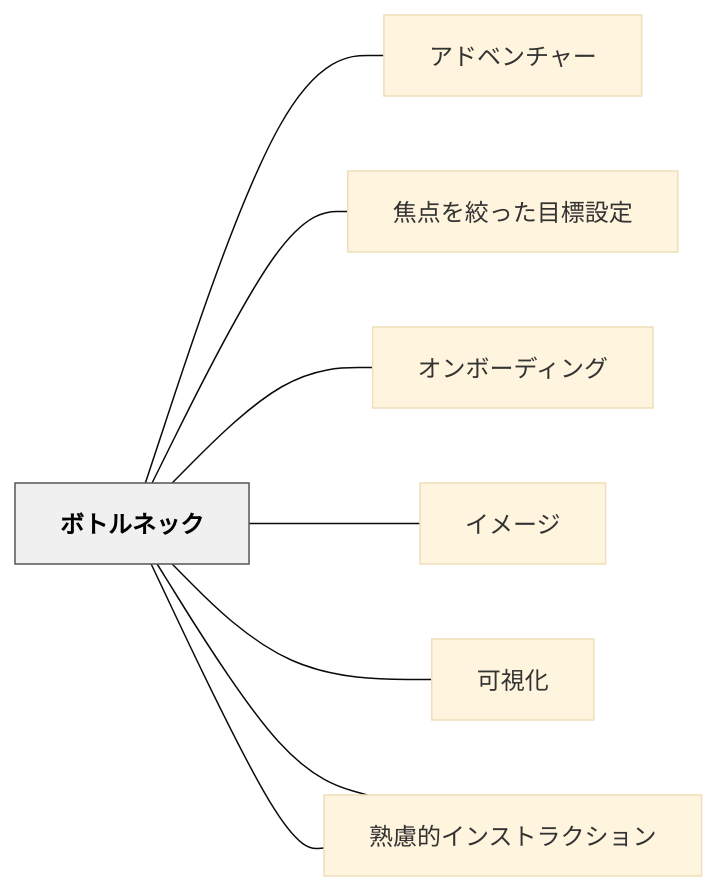
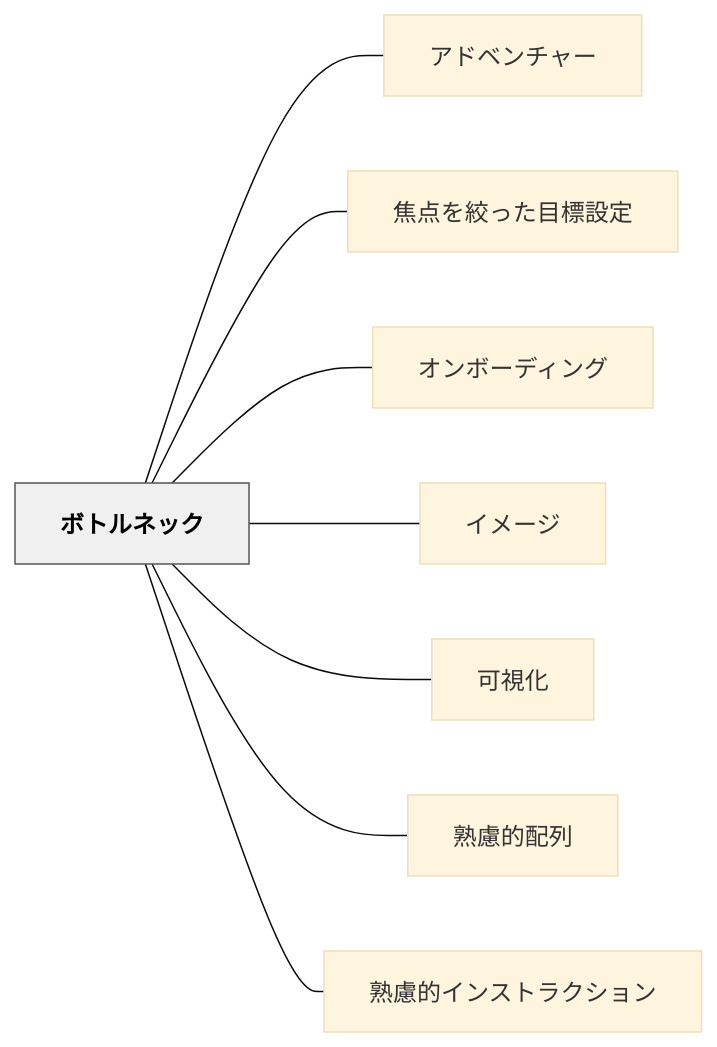
One commit to unknownthings-ed-patterns/unknownthings-ed-patterns changed the diagram in content/パタン/ボトルネック.md. Above: the diagram before and after it, drawn with Mermaid (base theme). The commit also changed 527 other files, not shown here.

````diff
--- a/content/パタン/ボトルネック.md
+++ b/content/パタン/ボトルネック.md
@@ -124,22 +124,22 @@
 ```mermaid
 flowchart LR
-    ne3839ce38388["ボトルネック"]
-    ne382a2e38389["アドベンチャー"]
-    ne784a6e782b9["焦点を絞った目標設定"]
-    ne382aae383b3["オンボーディング"]
-    ne382a4e383a1["イメージ"]
-    ne58fafe8a696["可視化"]
-    ne7869fe685ae["熟慮的配列"]
-    ne7869fe685ae["熟慮的インストラクション"]
+    ne3839ce38388e383abe3838de38383e382af["ボトルネック"]
+    ne382a2e38389e38399e383b3e38381e383a3e383bc["アドベンチャー"]
+    ne784a6e782b9e38292e7b59ee381a3e3819fe79baee6a899e8a8ade5ae9a["焦点を絞った目標設定"]
+    ne382aae383b3e3839ce383bce38387e382a3e383b3e382b0["オンボーディング"]
+    ne382a4e383a1e383bce382b8["イメージ"]
+    ne58fafe8a696e58c96["可視化"]
+    ne7869fe685aee79a84e9858de58897["熟慮的配列"]
+    ne7869fe685aee79a84e382a4e383b3e382b9e38388e383a9e382afe382b7e383a7e383b3["熟慮的インストラクション"]
 
-    ne3839ce38388 --- ne382a2e38389
-    ne3839ce38388 --- ne784a6e782b9
-    ne3839ce38388 --- ne382aae383b3
-    ne3839ce38388 --- ne382a4e383a1
-    ne3839ce38388 --- ne58fafe8a696
-    ne3839ce38388 --- ne7869fe685ae
-    ne3839ce38388 --- ne7869fe685ae
+    ne3839ce38388e383abe3838de38383e382af --- ne382a2e38389e38399e383b3e38381e383a3e383bc
+    ne3839ce38388e383abe3838de38383e382af --- ne784a6e782b9e38292e7b59ee381a3e3819fe79baee6a899e8a8ade5ae9a
+    ne3839ce38388e383abe3838de38383e382af --- ne382aae383b3e3839ce383bce38387e382a3e383b3e382b0
+    ne3839ce38388e383abe3838de38383e382af --- ne382a4e383a1e383bce382b8
+    ne3839ce38388e383abe3838de38383e382af --- ne58fafe8a696e58c96
+    ne3839ce38388e383abe3838de38383e382af --- ne7869fe685aee79a84e9858de58897
+    ne3839ce38388e383abe3838de38383e382af --- ne7869fe685aee79a84e382a4e383b3e382b9e38388e383a9e382afe382b7e383a7e383b3
 
     classDef hub fill:#f0f0f0,stroke:#555,color:#000,font-weight:bold
-    class ne3839ce38388 hub
+    class ne3839ce38388e383abe3838de38383e382af hub
 ```
````
